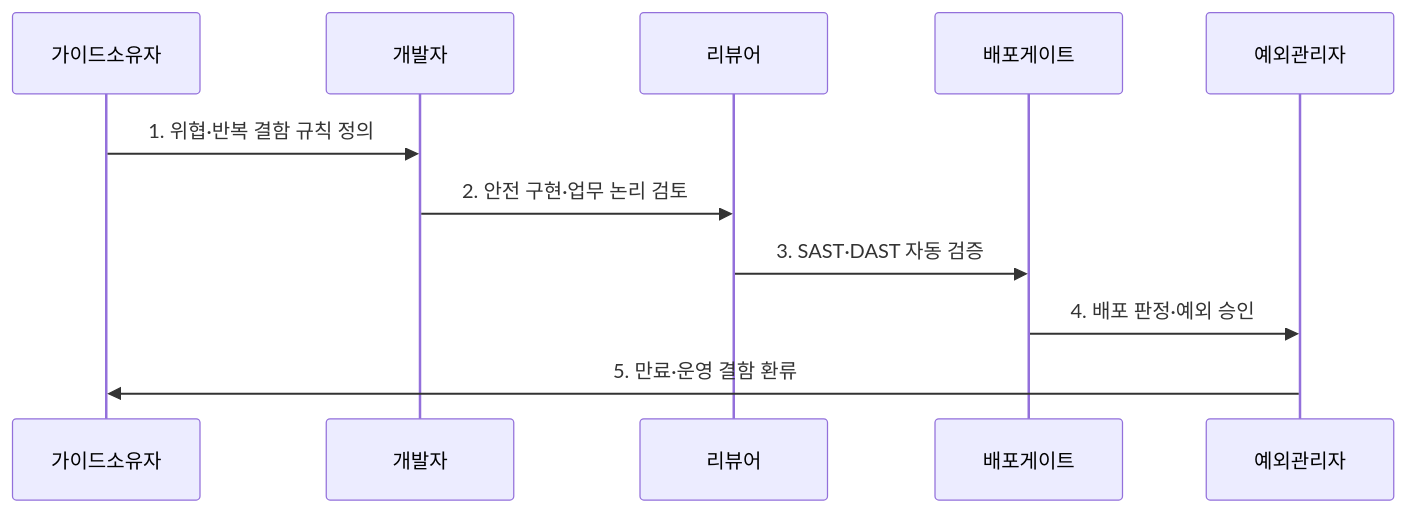
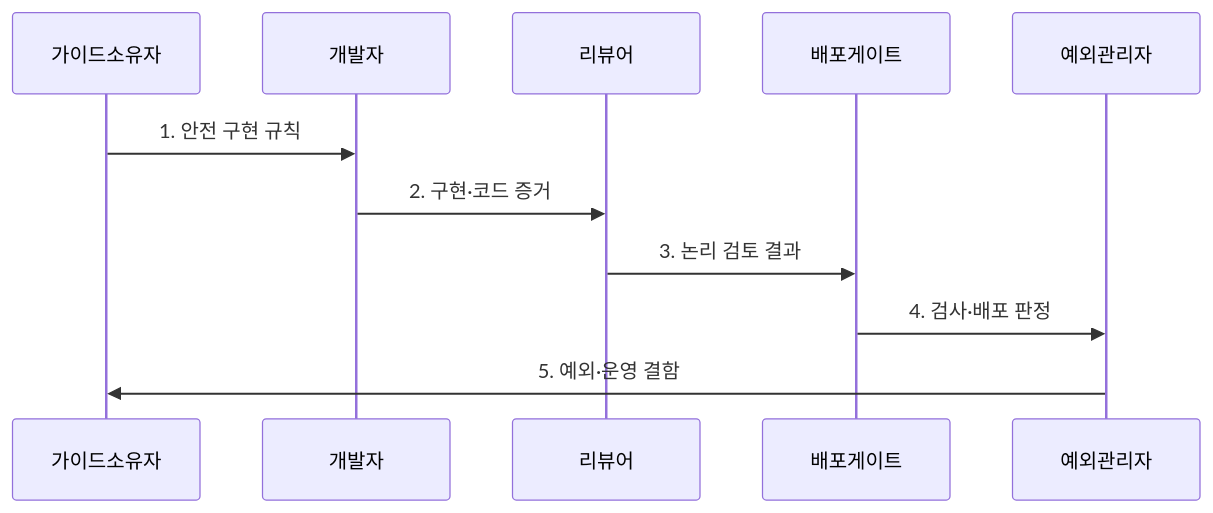
The second of 2 diagrams in src/content/docs/notes/05-security/051_secure_coding.md (agnusdei1207/knowledge-base), drawn with Mermaid before and after one commit. The commit also changed other lines of this file and 20 other files, not shown here.

````diff
--- a/src/content/docs/notes/05-security/051_secure_coding.md
+++ b/src/content/docs/notes/05-security/051_secure_coding.md
@@ -84,13 +84,13 @@
 ```mermaid
 sequenceDiagram
     participant 가이드소유자
     participant 개발자
     participant 리뷰어
     participant 배포게이트
     participant 예외관리자
-    가이드소유자->>개발자: 1. 위협·반복 결함 규칙 정의
-    개발자->>리뷰어: 2. 안전 구현·업무 논리 검토
-    리뷰어->>배포게이트: 3. SAST·DAST 자동 검증
-    배포게이트->>예외관리자: 4. 배포 판정·예외 승인
-    예외관리자->>가이드소유자: 5. 만료·운영 결함 환류
+    가이드소유자->>개발자: 1. 안전 구현 규칙
+    개발자->>리뷰어: 2. 구현·코드 증거
+    리뷰어->>배포게이트: 3. 논리 검토 결과
+    배포게이트->>예외관리자: 4. 검사·배포 판정
+    예외관리자->>가이드소유자: 5. 예외·운영 결함
 ```
````
